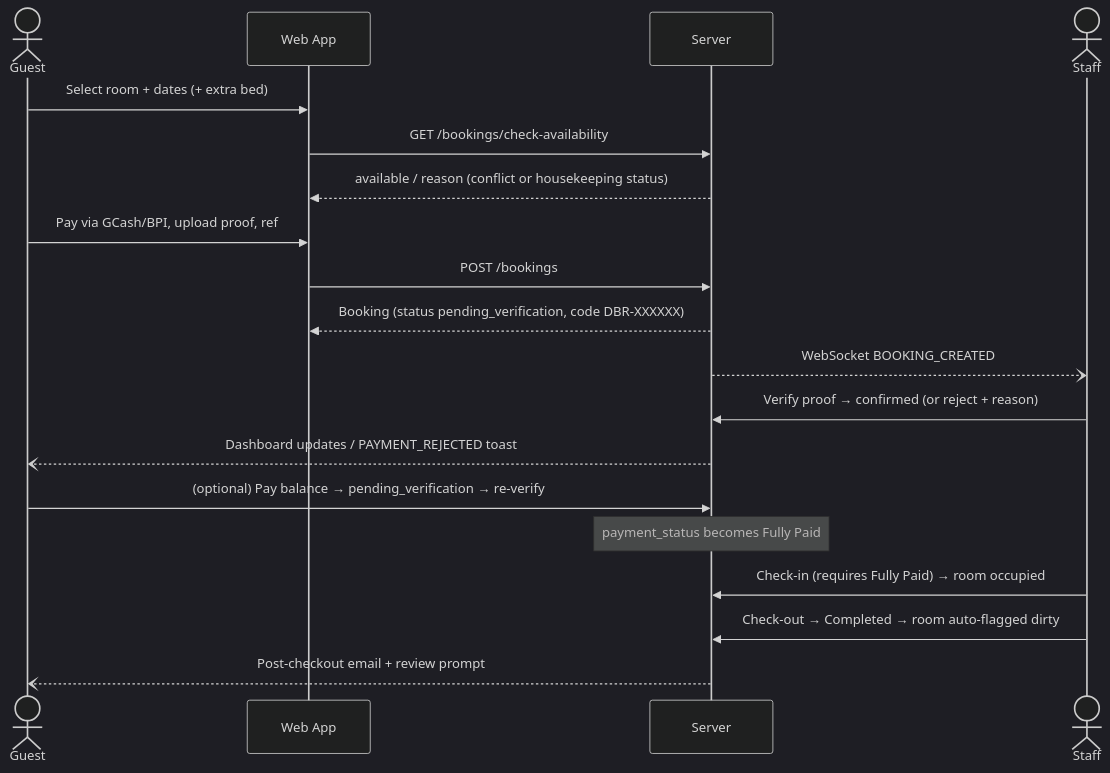
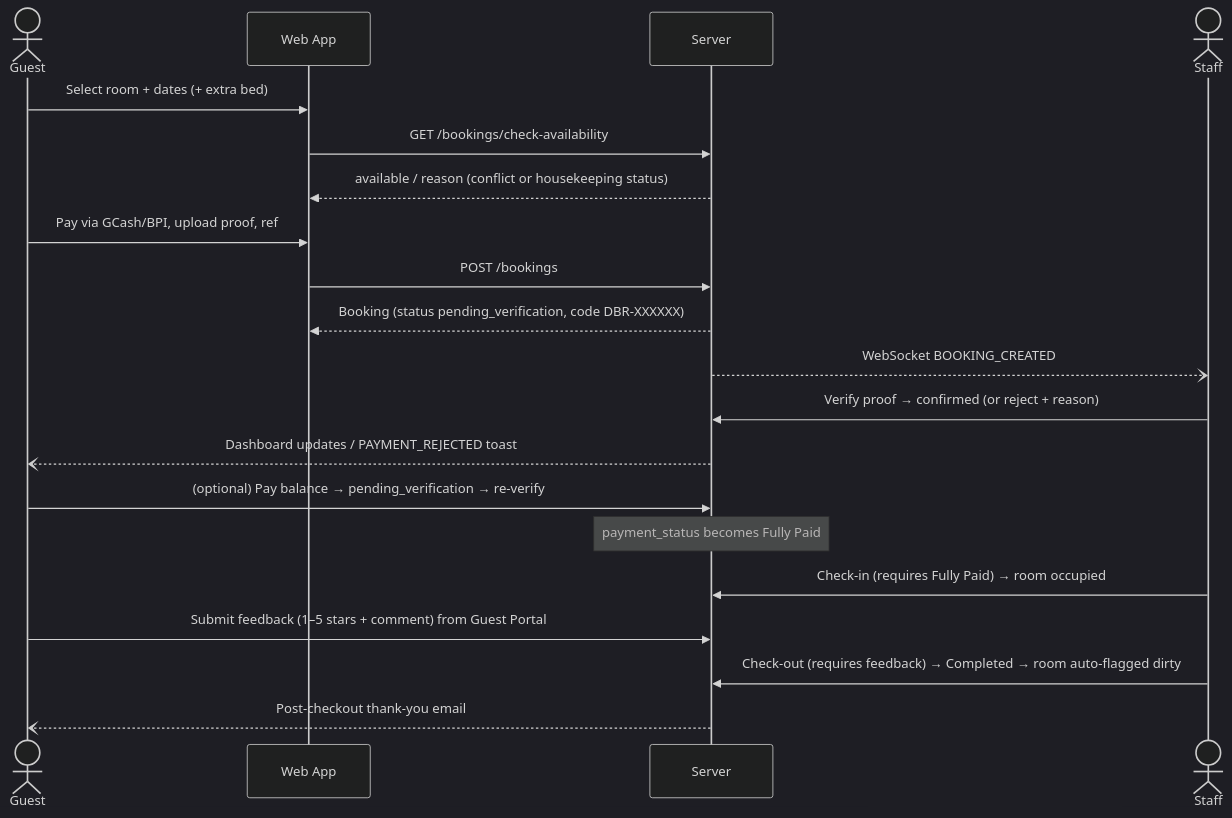
One commit to Werdddd/da-bali-resort changed the second of 4 diagrams in docs/SYSTEM_OVERVIEW_AND_HANDOFF.md. Above: the diagram before and after it, drawn with Mermaid (dark theme). The commit also changed other lines of this file, not shown here.

````diff
--- a/docs/SYSTEM_OVERVIEW_AND_HANDOFF.md
+++ b/docs/SYSTEM_OVERVIEW_AND_HANDOFF.md
@@ -293,21 +314,22 @@
 ```mermaid
 sequenceDiagram
   actor Guest
   participant Web as Web App
   participant API as Server
   actor Staff
   Guest->>Web: Select room + dates (+ extra bed)
   Web->>API: GET /bookings/check-availability
   API-->>Web: available / reason (conflict or housekeeping status)
   Guest->>Web: Pay via GCash/BPI, upload proof, ref #, amount
   Web->>API: POST /bookings
   API-->>Web: Booking (status pending_verification, code DBR-XXXXXX)
   API--)Staff: WebSocket BOOKING_CREATED
   Staff->>API: Verify proof → confirmed  (or reject + reason)
   API--)Guest: Dashboard updates / PAYMENT_REJECTED toast
   Guest->>API: (optional) Pay balance → pending_verification → re-verify
   Note over API: payment_status becomes Fully Paid
   Staff->>API: Check-in (requires Fully Paid) → room occupied
-  Staff->>API: Check-out → Completed → room auto-flagged dirty
-  API--)Guest: Post-checkout email + review prompt
+  Guest->>API: Submit feedback (1–5 stars + comment) from Guest Portal
+  Staff->>API: Check-out (requires feedback) → Completed → room auto-flagged dirty
+  API--)Guest: Post-checkout thank-you email
 ```
````
